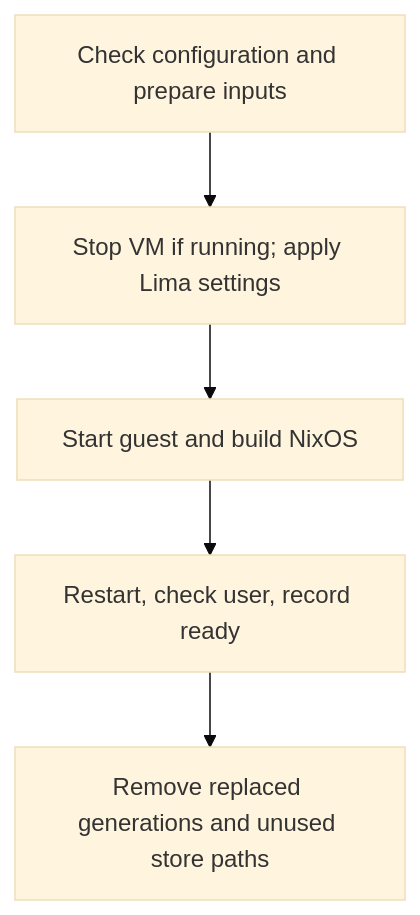
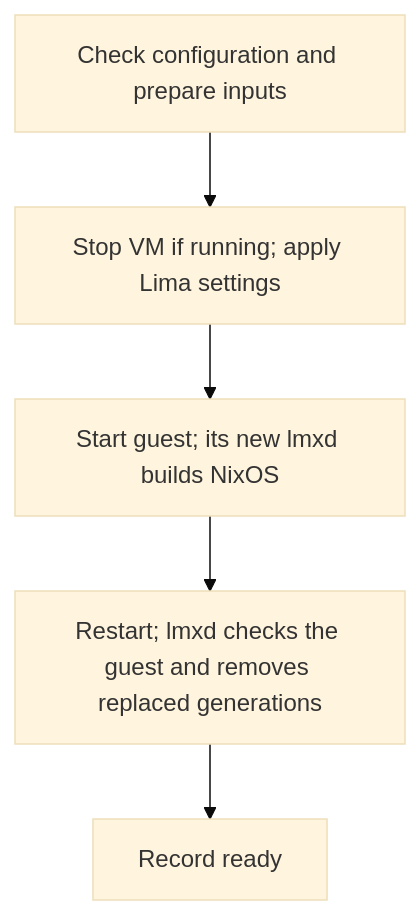
Before and after one commit to limanix/client: the diagram in guides/virtual-machines.md, drawn with Mermaid (base theme). The commit also changed other lines of this file and 97 other files, not shown here.

````diff
--- a/guides/virtual-machines.md
+++ b/guides/virtual-machines.md
@@ -124,7 +137,7 @@
 ```{mermaid}
 flowchart TD
     A["Check configuration and prepare inputs"] --> B["Stop VM if running; apply Lima settings"]
-    B --> C["Start guest and build NixOS"]
-    C --> D["Restart, check user, record ready"]
-    D --> E["Remove replaced generations and unused store paths"]
+    B --> C["Start guest; its new lmxd builds NixOS"]
+    C --> D["Restart; lmxd checks the guest and removes replaced generations"]
+    D --> E["Record ready"]
 ```
````
